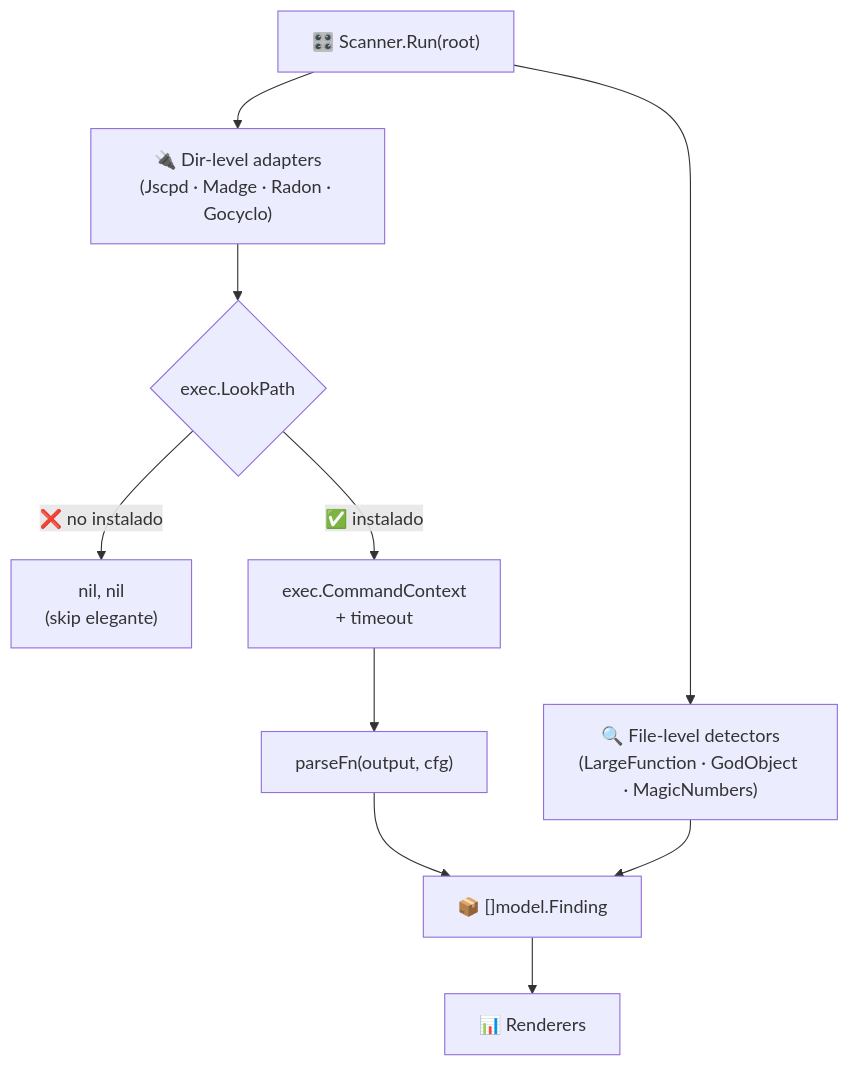
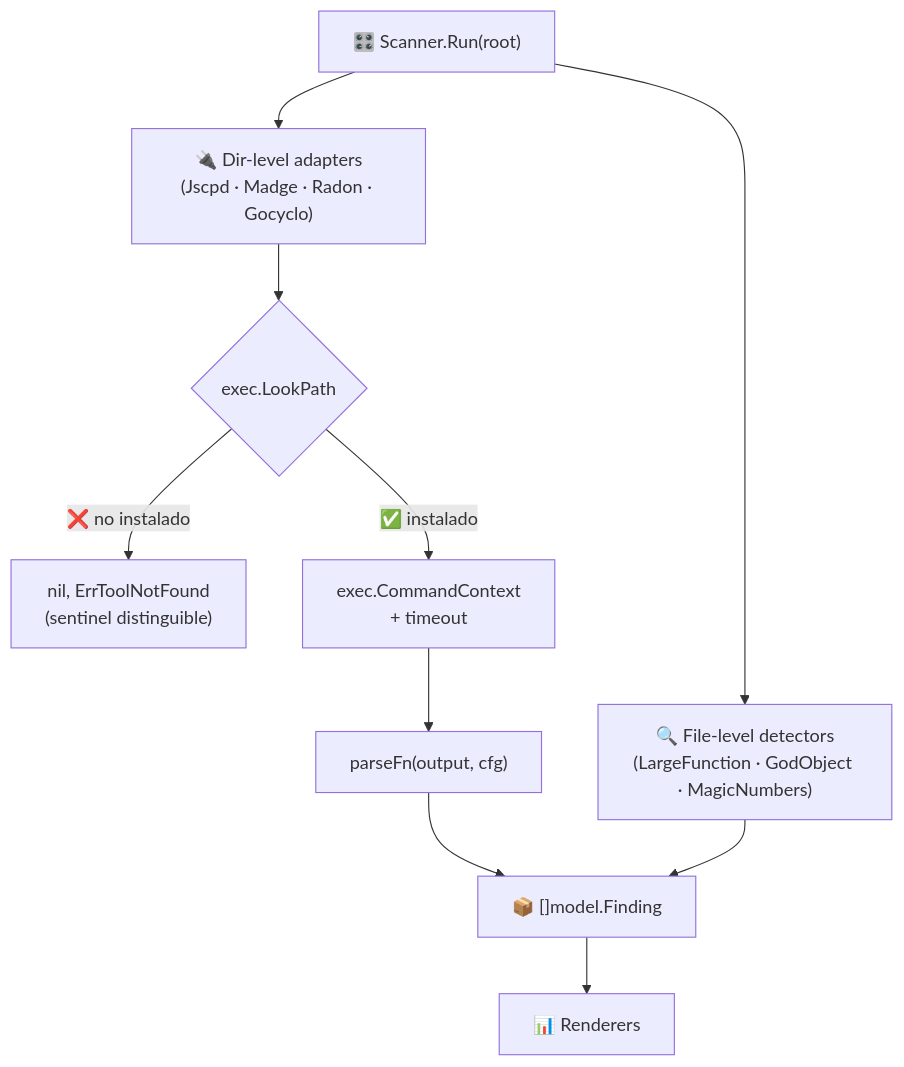
Before and after one commit to Ka0s-Klaus/klaus-antipatterns-search: the diagram in docs/fase-2-adaptadores-oss.md, drawn with Mermaid. The commit also changed other lines of this file and 13 other files, not shown here.

First line of the commit message:
feat: add --verbose flag and ErrToolNotFound sentinel for OSS adapters (#19)

````diff
--- a/docs/fase-2-adaptadores-oss.md
+++ b/docs/fase-2-adaptadores-oss.md
@@ -24,14 +26,14 @@
 ```mermaid
 graph TD
     SCANNER["🎛️ Scanner.Run(root)"] --> NATIVE["🔍 File-level detectors\n(LargeFunction · GodObject · MagicNumbers)"]
     SCANNER --> OSS["🔌 Dir-level adapters\n(Jscpd · Madge · Radon · Gocyclo)"]
 
     OSS --> LOOKUP{"exec.LookPath"}
-    LOOKUP -- "❌ no instalado" --> SKIP["nil, nil\n(skip elegante)"]
+    LOOKUP -- "❌ no instalado" --> SKIP["nil, ErrToolNotFound\n(sentinel distinguible)"]
     LOOKUP -- "✅ instalado" --> EXEC["exec.CommandContext\n+ timeout"]
     EXEC --> PARSE["parseFn(output, cfg)"]
     PARSE --> MODEL["📦 []model.Finding"]
 
     NATIVE --> MODEL
     MODEL --> REPORT["📊 Renderers"]
 ```
````
